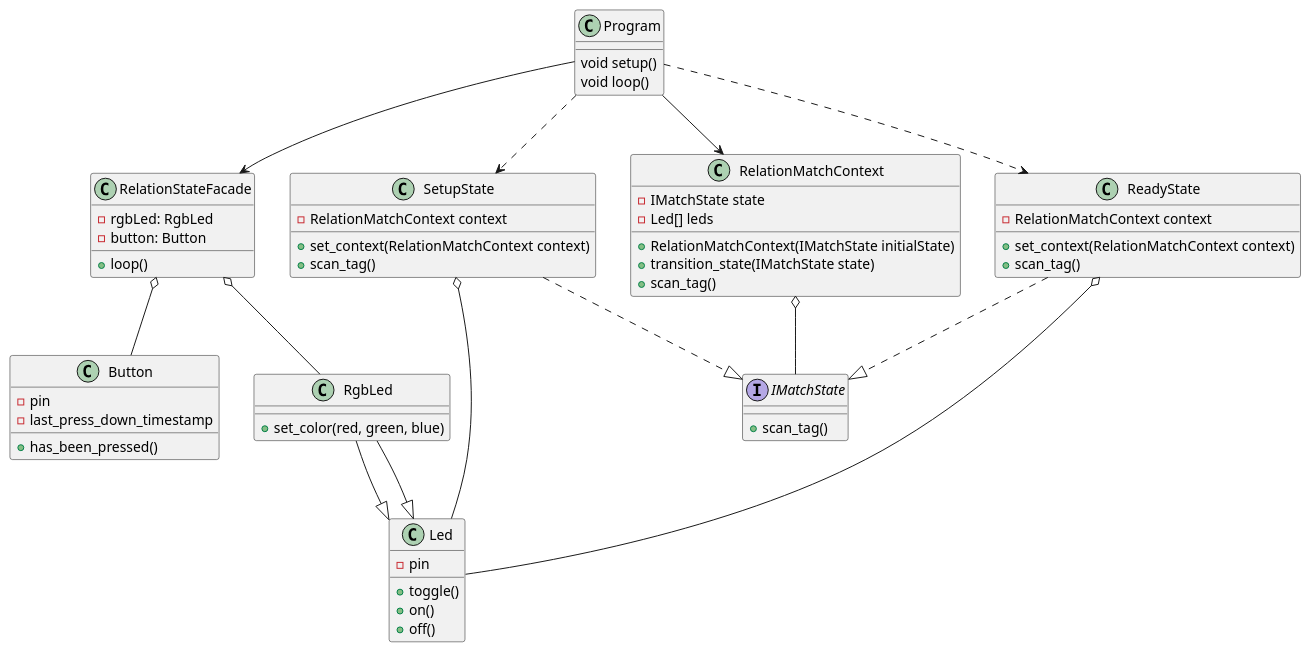
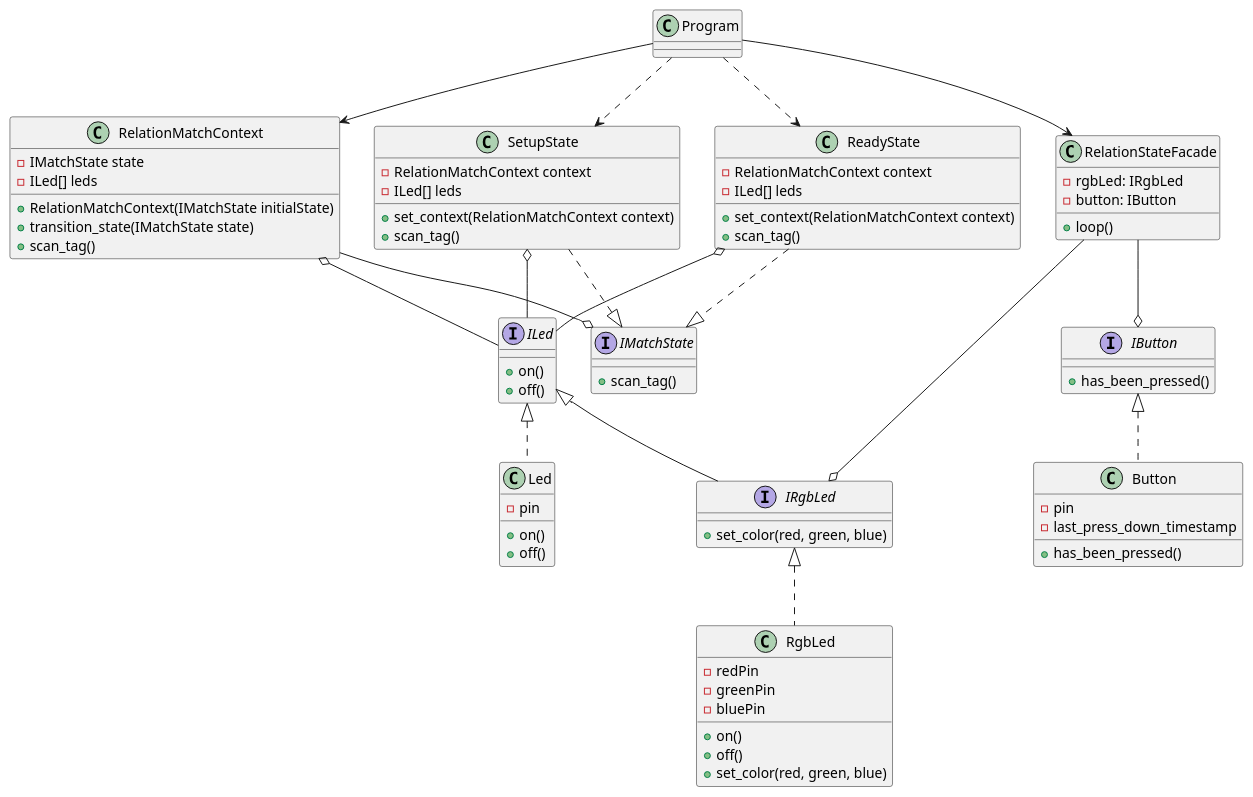
Before and after one commit to karst132/HacktonSmartChain: the diagram in diagrams/class-diagram.puml, drawn with PlantUML.

Commit message:
Update class diagram

```diff
--- a/diagrams/class-diagram.puml
+++ b/diagrams/class-diagram.puml
@@ -1,72 +1,89 @@
 @startuml
-class Program {
-  void setup()
-  void loop()
-}
-
-class Led {
-    - pin
-    
-    + toggle()
+interface ILed {
     + on()
     + off()
 }
 
-class RgbLed extends Led {
+interface IRgbLed extends ILed {
     + set_color(red, green, blue)
 }
 
-class Button {
+interface IButton {
+    + has_been_pressed()
+}
+
+class Led implements ILed {
+    - pin
+    
+    + on()
+    + off()
+}
+
+class RgbLed implements IRgbLed {
+    - redPin
+    - greenPin
+    - bluePin
+    
+    + on()
+    + off()
+    + set_color(red, green, blue)
+}
+
+class Button implements IButton {
     - pin
     - last_press_down_timestamp
 
     + has_been_pressed()
 }
 
 class RelationStateFacade {
-    - rgbLed: RgbLed
-    - button: Button
+    - rgbLed: IRgbLed
+    - button: IButton
     
     + loop()
 }
 
 class RelationMatchContext {
     - IMatchState state
-    - Led[] leds 
+    - ILed[] leds 
     
     + RelationMatchContext(IMatchState initialState)
     + transition_state(IMatchState state)
     + scan_tag()
 }
 
 interface IMatchState {
     + scan_tag()
 }
 
 class SetupState {
     - RelationMatchContext context
+    - ILed[] leds
+    
     + set_context(RelationMatchContext context)
     + scan_tag()
 }
 
 class ReadyState {
     - RelationMatchContext context
+    - ILed[] leds
+    
     + set_context(RelationMatchContext context)
     + scan_tag()
 }
 
-RgbLed --|> Led
-RelationStateFacade o-- Button
-RelationStateFacade o-- RgbLed
-RelationMatchContext o-- IMatchState
+RelationStateFacade --o IButton
+RelationStateFacade --o IRgbLed
+RelationMatchContext --o IMatchState
+RelationMatchContext o-- ILed
 SetupState ..|> IMatchState
-SetupState o-- Led
+SetupState o-- ILed
 ReadyState ..|> IMatchState
-ReadyState o-- Led
+ReadyState o-- ILed
 
 Program --> RelationStateFacade
 Program --> RelationMatchContext
 Program ..> SetupState
 Program ..> ReadyState
 
 @enduml
```
